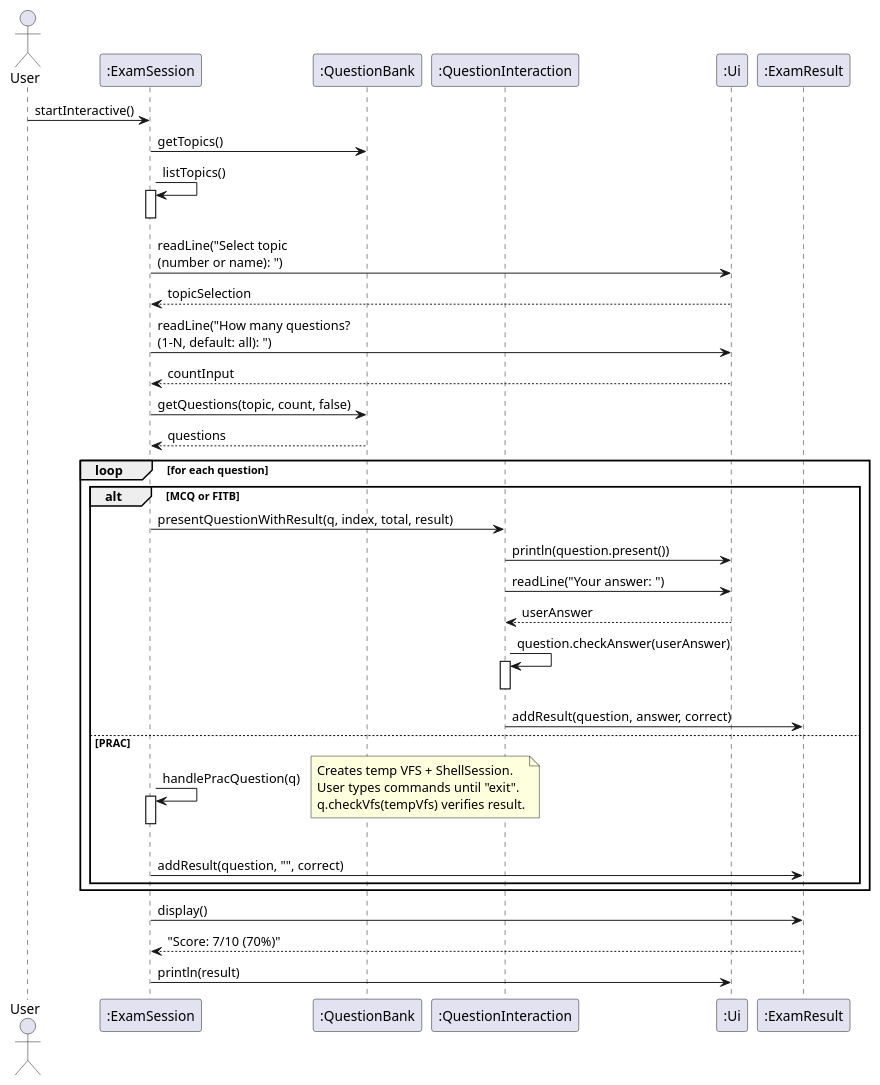
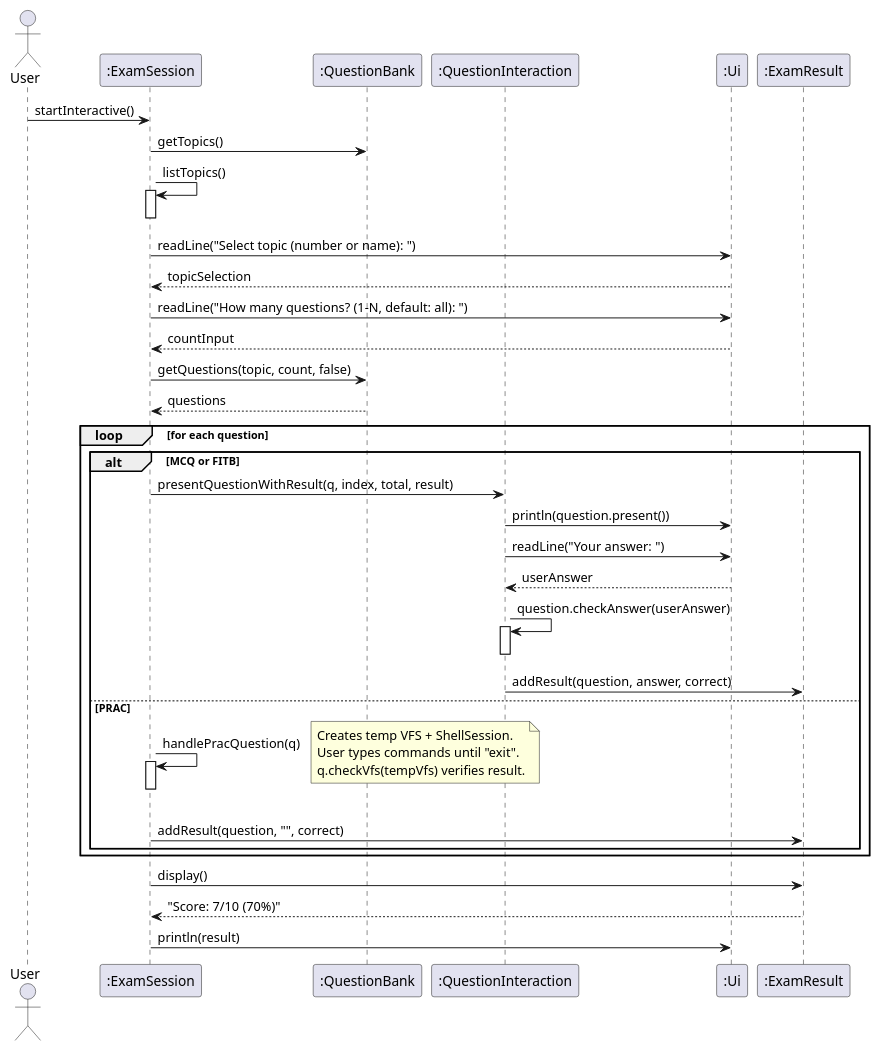
One commit to siddhant2118/tp changed the diagram in docs/diagrams/ExamSessionSequence.puml. Above: the diagram before and after it, drawn with PlantUML. The commit also changed 3 other files, not shown here.

Commit message:
Update UML diagrams

```diff
--- a/docs/diagrams/ExamSessionSequence.puml
+++ b/docs/diagrams/ExamSessionSequence.puml
@@ -1,49 +1,49 @@
 @startuml ExamSessionSequence
 actor User
 participant ":ExamSession" as ES
 participant ":QuestionBank" as QB
 participant ":QuestionInteraction" as QI
 participant ":Ui" as UI
 participant ":ExamResult" as ER
 
 User -> ES : startInteractive()
 ES -> QB : getTopics()
 ES -> ES : listTopics()
 activate ES
 deactivate ES
-ES -> UI : readLine("Select topic\n(number or name): ")
+ES -> UI : readLine("Select topic (number or name): ")
 UI --> ES : topicSelection
 
-ES -> UI : readLine("How many questions?\n(1-N, default: all): ")
+ES -> UI : readLine("How many questions? (1-N, default: all): ")
 UI --> ES : countInput
 
 ES -> QB : getQuestions(topic, count, false)
 QB --> ES : questions
 
 loop for each question
     alt MCQ or FITB
         ES -> QI : presentQuestionWithResult(q, index, total, result)
         QI -> UI : println(question.present())
         QI -> UI : readLine("Your answer: ")
         UI --> QI : userAnswer
         QI -> QI : question.checkAnswer(userAnswer)
         activate QI
         deactivate QI
         QI -> ER : addResult(question, answer, correct)
     else PRAC
         ES -> ES : handlePracQuestion(q)
         activate ES
         note right
             Creates temp VFS + ShellSession.
             User types commands until "exit".
             q.checkVfs(tempVfs) verifies result.
         end note
         deactivate ES
         ES -> ER : addResult(question, "", correct)
     end
 end
 
 ES -> ER : display()
 ER --> ES : "Score: 7/10 (70%)"
 ES -> UI : println(result)
 @enduml
```
